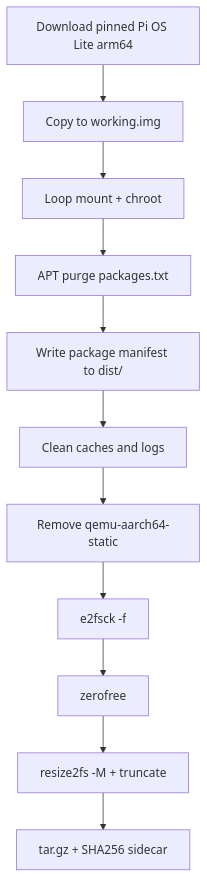
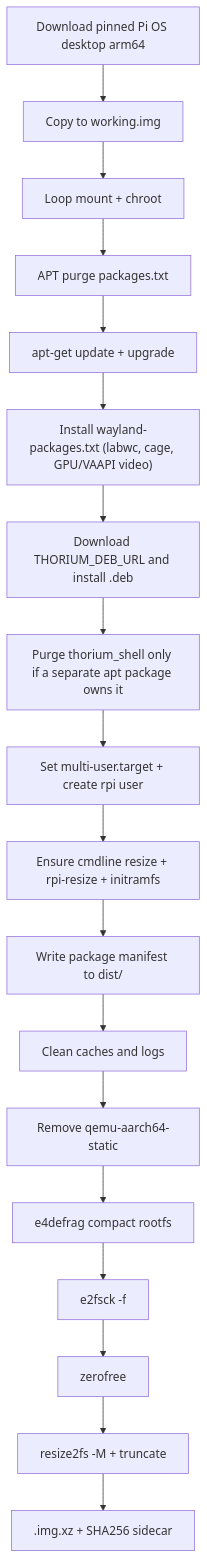
The diagram in README.md (lancerworldwide-oss/rpi5-os), drawn with Mermaid before and after one commit. The commit also changed other lines of this file and 8 other files, not shown here.

Commit message:
keep wayland and rpi drivers

````diff
--- a/README.md
+++ b/README.md
@@ -9,16 +9,23 @@
 ```mermaid
 flowchart TD
-    Download["Download pinned Pi OS Lite arm64"]
+    Download["Download pinned Pi OS desktop arm64"]
     Copy["Copy to working.img"]
     Mount["Loop mount + chroot"]
     Purge["APT purge packages.txt"]
+    Upgrade["apt-get update + upgrade"]
+    Wayland["Install wayland-packages.txt (labwc, cage, GPU/VAAPI video)"]
+    Thorium["Download THORIUM_DEB_URL and install .deb"]
+    ThoriumShell["Purge thorium_shell only if a separate apt package owns it"]
+    ConsoleBoot["Set multi-user.target + create rpi user"]
+    RootfsResize["Ensure cmdline resize + rpi-resize + initramfs"]
     Manifest["Write package manifest to dist/"]
     Minimize["Clean caches and logs"]
     RemoveQemu["Remove qemu-aarch64-static"]
-    Defrag["e2fsck -f"]
+    E4defrag["e4defrag compact rootfs"]
+    Fsck["e2fsck -f"]
     Zero["zerofree"]
     Shrink["resize2fs -M + truncate"]
-    Package["tar.gz + SHA256 sidecar"]
+    Package[".img.xz + SHA256 sidecar"]
 
-    Download --> Copy --> Mount --> Purge --> Manifest --> Minimize --> RemoveQemu --> Defrag --> Zero --> Shrink --> Package
+    Download --> Copy --> Mount --> Purge --> Upgrade --> Wayland --> Thorium --> ThoriumShell --> ConsoleBoot --> RootfsResize --> Manifest --> Minimize --> RemoveQemu --> E4defrag --> Fsck --> Zero --> Shrink --> Package
 ```
````
